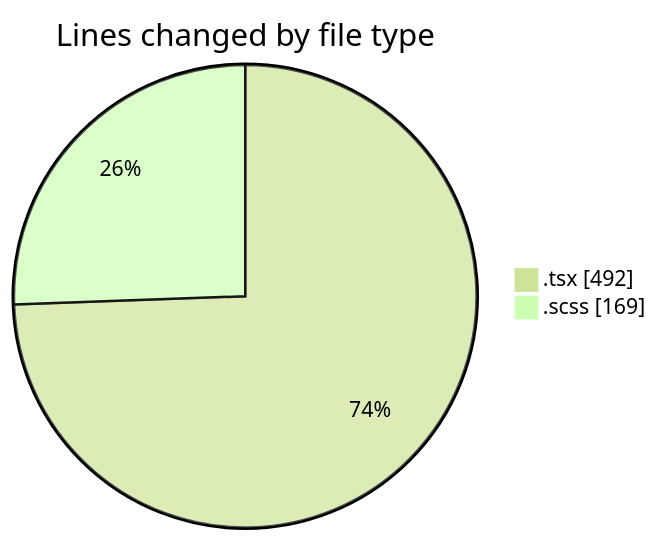
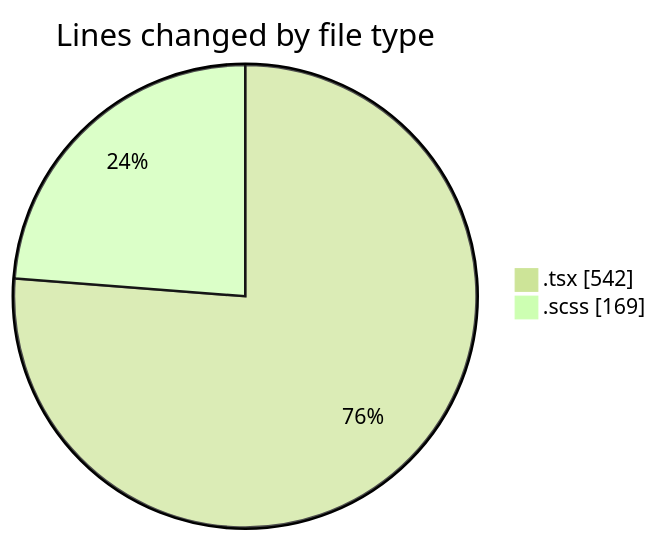
The first of 2 diagrams in 2026-04-16/cda/README.md (momahboobian/code-tracking), drawn with Mermaid (forest theme) before and after one commit. The commit also changed other lines of this file and 1 other file, not shown here.

````diff
--- a/2026-04-16/cda/README.md
+++ b/2026-04-16/cda/README.md
@@ -23,6 +23,6 @@
 ```mermaid
 pie showData
 title Lines changed by file type
-".tsx" : 492
+".tsx" : 542
 ".scss" : 169
 ```
````
